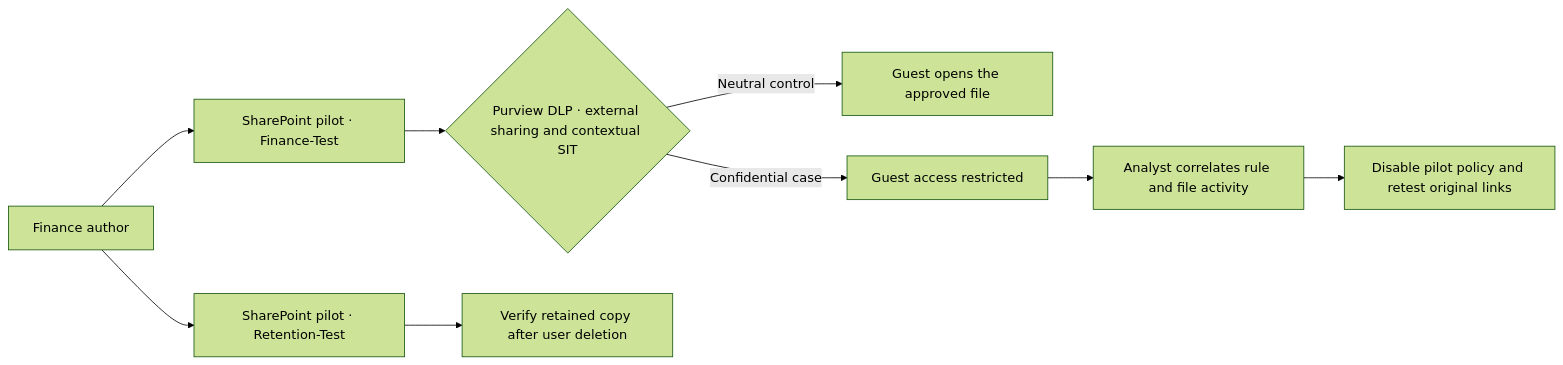
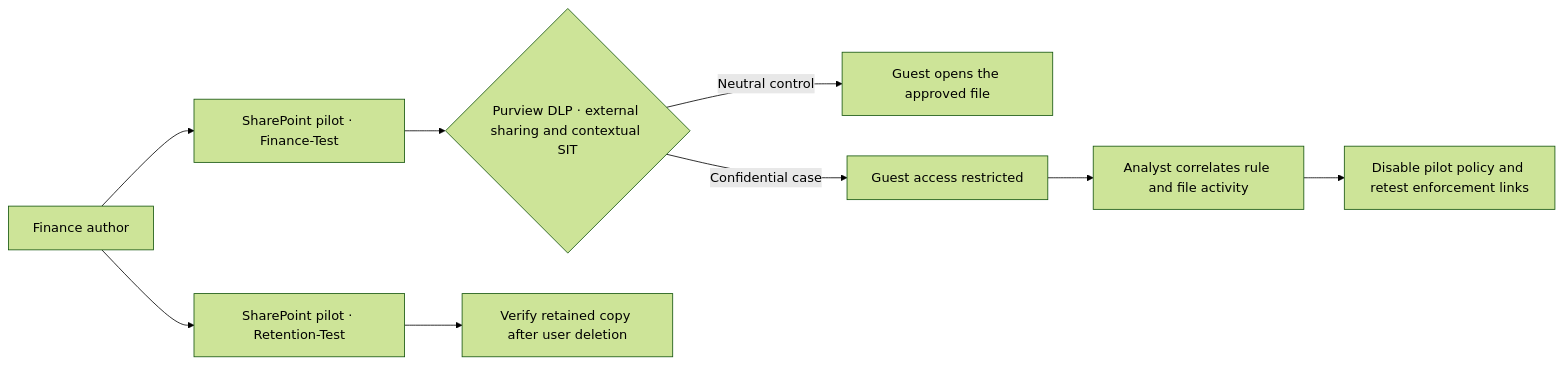
Before and after one commit to krzysztof-szot/microsoft-purview-data-protection-project: the diagram in README.md, drawn with Mermaid (forest theme). The commit also changed other lines of this file and 3 other files, not shown here.

Commit message:
Record first DLP enforcement retest and replacement links

````diff
--- a/README.md
+++ b/README.md
@@ -73,11 +73,11 @@
 ```mermaid
 flowchart LR
     Author["Finance author"] --> Finance["SharePoint pilot · Finance-Test"]
     Finance --> DLP{"Purview DLP · external sharing and contextual SIT"}
     DLP -->|"Neutral control"| Allow["Guest opens the approved file"]
     DLP -->|"Confidential case"| Deny["Guest access restricted"]
     Deny --> Triage["Analyst correlates rule and file activity"]
-    Triage --> Recovery["Disable pilot policy and retest original links"]
+    Triage --> Recovery["Disable pilot policy and retest enforcement links"]
     Author --> Retention["SharePoint pilot · Retention-Test"]
     Retention --> Preserve["Verify retained copy after user deletion"]
 ```
````
